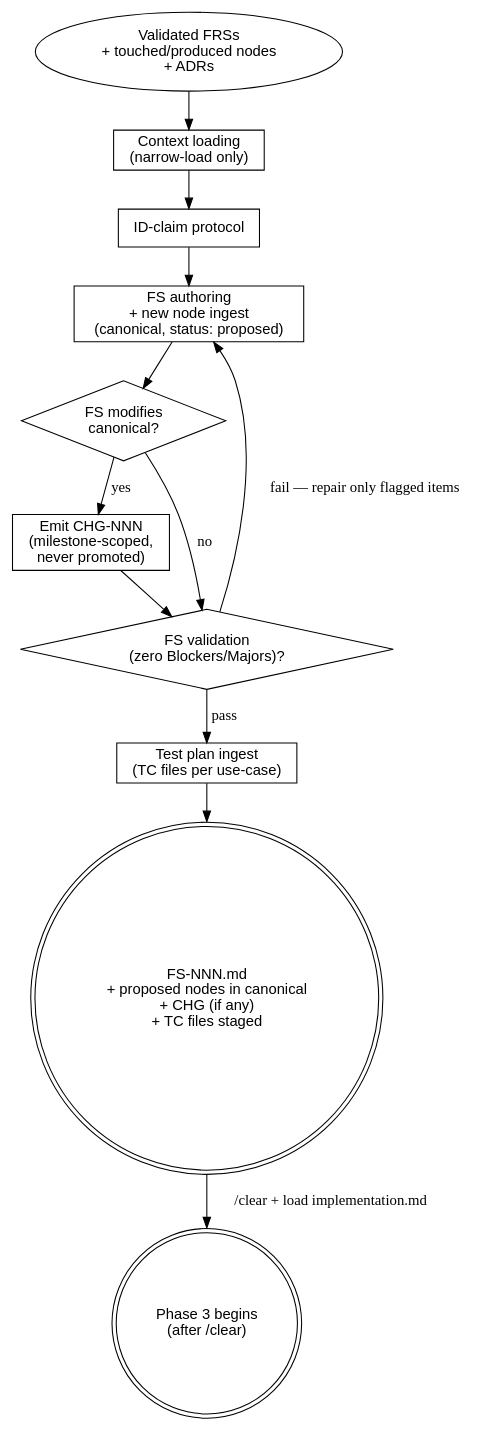
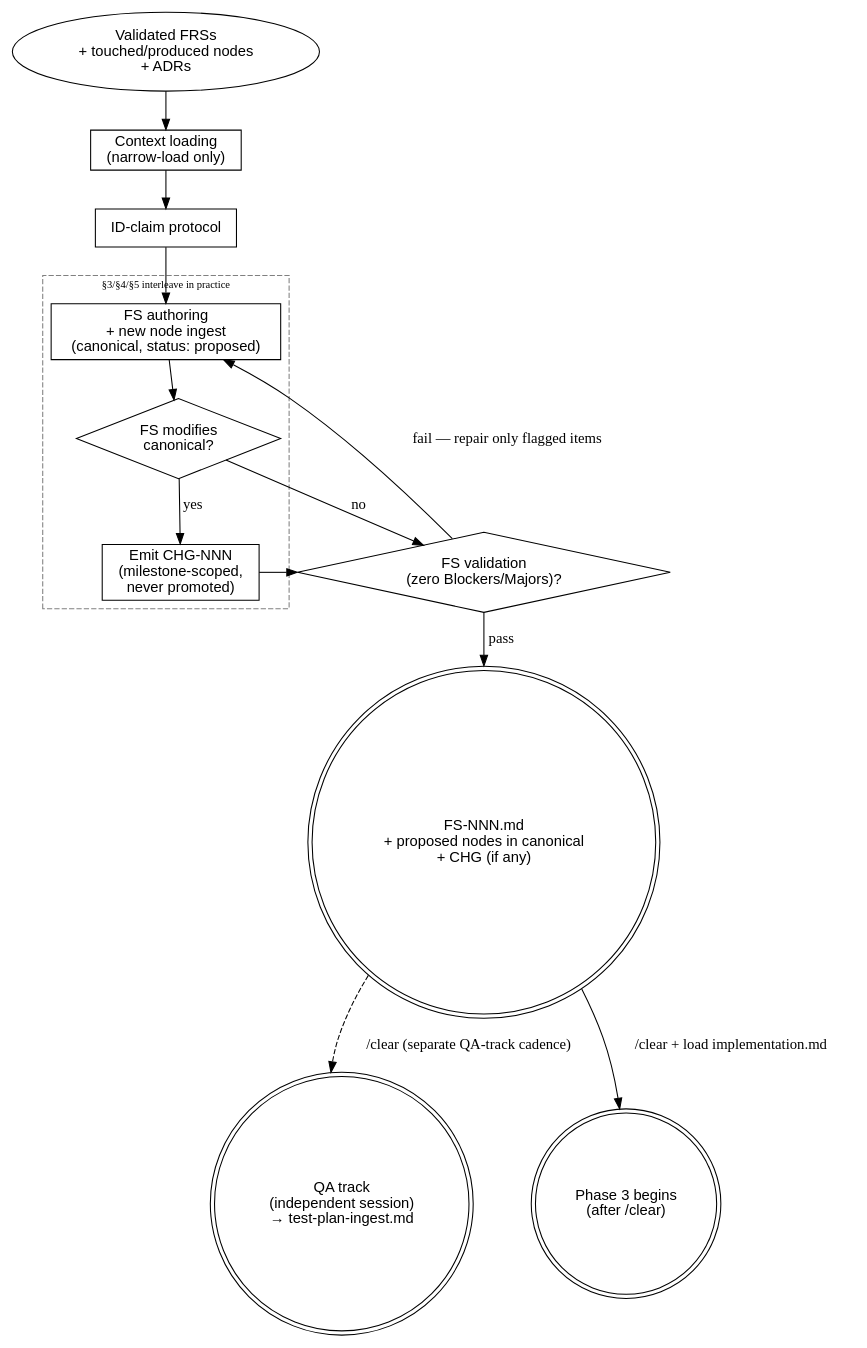
One commit to thapaliyabikendra/agentic-dev-workspace changed the diagram in sdlc/workflow/plan.md. Above: the diagram before and after it, drawn with Graphviz. The commit also changed other lines of this file and 60 other files, not shown here.

````diff
--- a/sdlc/workflow/plan.md
+++ b/sdlc/workflow/plan.md
@@ -96,30 +104,38 @@
 ```dot
 digraph plan_flow {
     rankdir=TB;
     node [fontname="Helvetica"];
 
     inputs    [shape=oval,  label="Validated FRSs\n+ touched/produced nodes\n+ ADRs"];
     ctxload   [shape=box,   label="Context loading\n(narrow-load only)"];
     idclaim   [shape=box,   label="ID-claim protocol"];
-    fsauthor  [shape=box,   label="FS authoring\n+ new node ingest\n(canonical, status: proposed)"];
-    chgemit   [shape=diamond, label="FS modifies\ncanonical?"];
-    chgnode   [shape=box,   label="Emit CHG-NNN\n(milestone-scoped,\nnever promoted)"];
+
+    subgraph cluster_interleave {
+        label = "§3/§4/§5 interleave in practice";
+        style = dashed;
+        color = gray;
+        fontsize = 10;
+        fsauthor  [shape=box,   label="FS authoring\n+ new node ingest\n(canonical, status: proposed)"];
+        chgemit   [shape=diamond, label="FS modifies\ncanonical?"];
+        chgnode   [shape=box,   label="Emit CHG-NNN\n(milestone-scoped,\nnever promoted)"];
+    }
+
     fsval     [shape=diamond, label="FS validation\n(zero Blockers/Majors)?"];
-    tpingest  [shape=box,   label="Test plan ingest\n(TC files per use-case)"];
 
-    out_fs    [shape=doublecircle, label="FS-NNN.md\n+ proposed nodes in canonical\n+ CHG (if any)\n+ TC files staged"];
+    out_fs    [shape=doublecircle, label="FS-NNN.md\n+ proposed nodes in canonical\n+ CHG (if any)"];
+    qatrack   [shape=doublecircle, label="QA track\n(independent session)\n→ test-plan-ingest.md"];
     next      [shape=doublecircle, label="Phase 3 begins\n(after /clear)"];
 
     inputs -> ctxload;
     ctxload -> idclaim;
     idclaim -> fsauthor;
     fsauthor -> chgemit;
     chgemit -> chgnode [label="yes"];
     chgemit -> fsval   [label="no"];
     chgnode -> fsval;
     fsval -> fsauthor [label="fail — repair only flagged items"];
-    fsval -> tpingest [label="pass"];
-    tpingest -> out_fs;
-    out_fs -> next [label="/clear + load implementation.md"];
+    fsval -> out_fs   [label="pass"];
+    out_fs -> next    [label="/clear + load implementation.md"];
+    out_fs -> qatrack [label="/clear (separate QA-track cadence)", style=dashed];
 }
 ```
````
